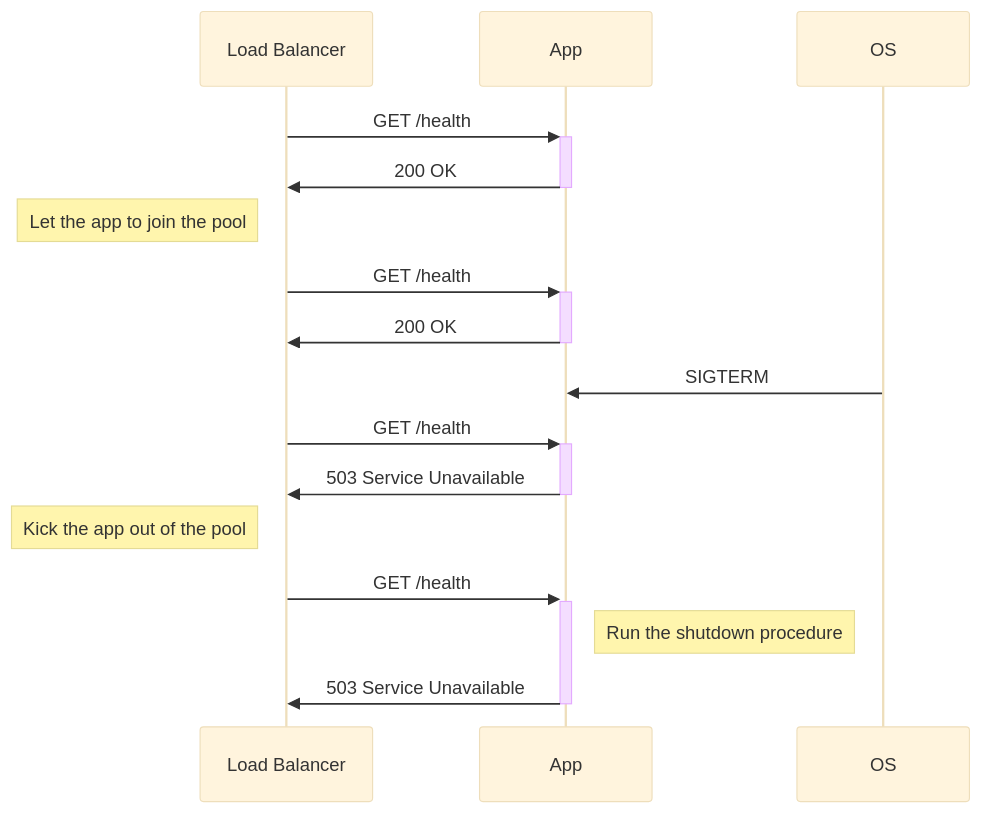
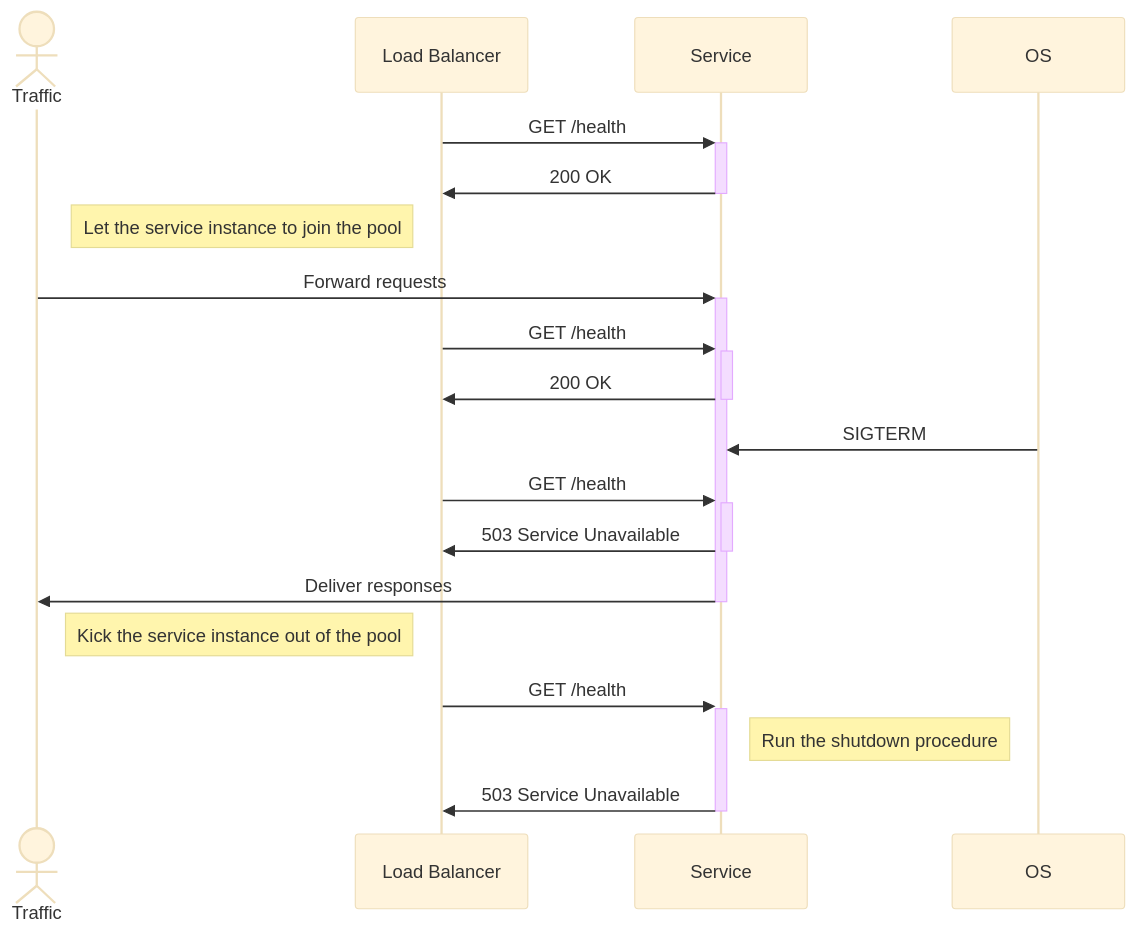
Before and after one commit to rrmdn/fastify-graceful-healthcheck: the diagram in README.md, drawn with Mermaid (base theme).

Commit message:
update diagram to add the trafic

````diff
--- a/README.md
+++ b/README.md
@@ -9,19 +9,22 @@
 ```mermaid
 sequenceDiagram
+  actor Traffic
   participant LB as Load Balancer
-  participant App
+  participant Service
   participant OS
 
-  LB->>+App: GET /health
-  App->>-LB: 200 OK
-  Note left of LB: Let the app to join the pool
-  LB->>+App: GET /health
-  App->>-LB: 200 OK
-  OS->>App: SIGTERM
-  LB->>+App: GET /health
-  App->>-LB: 503 Service Unavailable
-  Note left of LB: Kick the app out of the pool
-  LB->>+App: GET /health
-  Note right of App: Run the shutdown procedure
-  App->>-LB: 503 Service Unavailable
+  LB->>+Service: GET /health
+  Service->>-LB: 200 OK
+  Note left of LB: Let the service instance to join the pool
+  Traffic->>+Service: Forward requests
+  LB->>+Service: GET /health
+  Service->>-LB: 200 OK
+  OS->>Service: SIGTERM
+  LB->>+Service: GET /health
+  Service->>-LB: 503 Service Unavailable
+  Service->>-Traffic: Deliver responses
+  Note left of LB: Kick the service instance out of the pool
+  LB->>+Service: GET /health
+  Note right of Service: Run the shutdown procedure
+  Service->>-LB: 503 Service Unavailable
 ```
````
